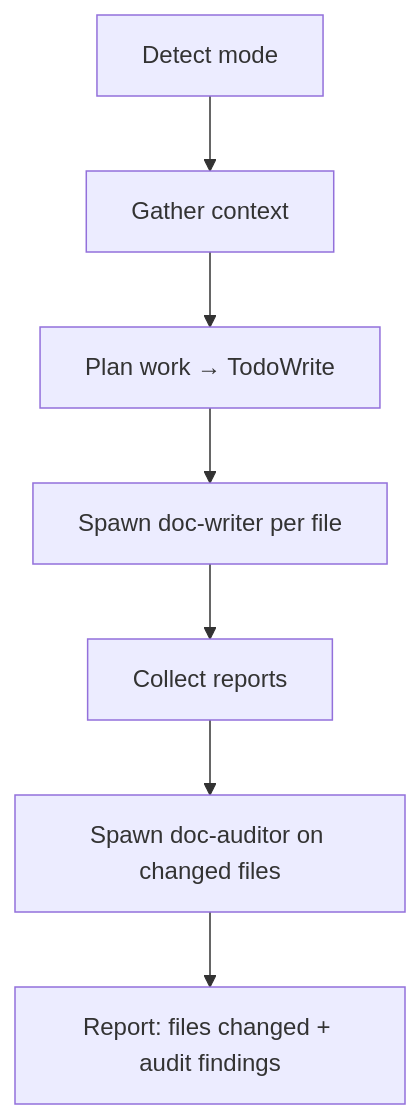
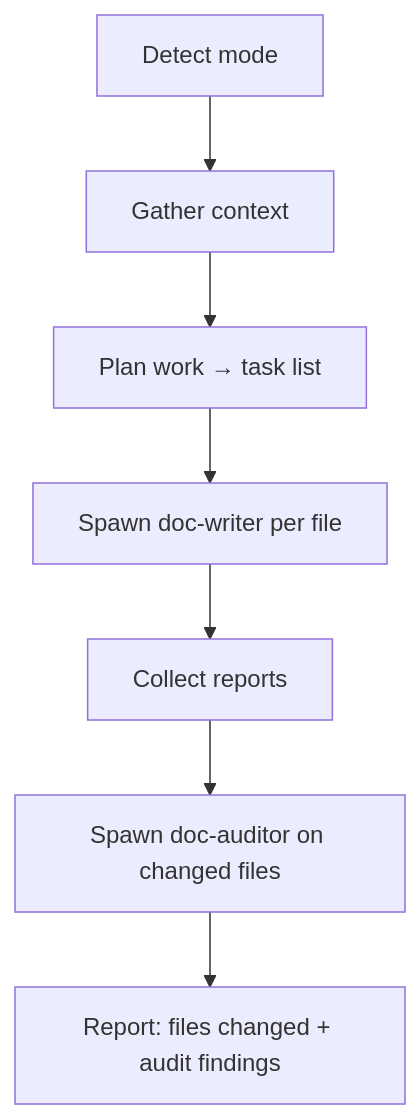
Before and after one commit to nilpath/nilpath-marketplace: the first of 2 diagrams in dist/claude/plugins/documentation/skills/writing-documentation/SKILL.md, drawn with Mermaid. The commit also changed other lines of this file and 52 other files, not shown here.

````diff
--- a/dist/claude/plugins/documentation/skills/writing-documentation/SKILL.md
+++ b/dist/claude/plugins/documentation/skills/writing-documentation/SKILL.md
@@ -24,9 +26,9 @@
 ```mermaid
 flowchart TD
     A[Detect mode] --> B[Gather context]
-    B --> C[Plan work → TodoWrite]
+    B --> C[Plan work → task list]
     C --> D[Spawn doc-writer per file]
     D --> E[Collect reports]
     E --> F[Spawn doc-auditor on changed files]
     F --> G[Report: files changed + audit findings]
 ```
````
